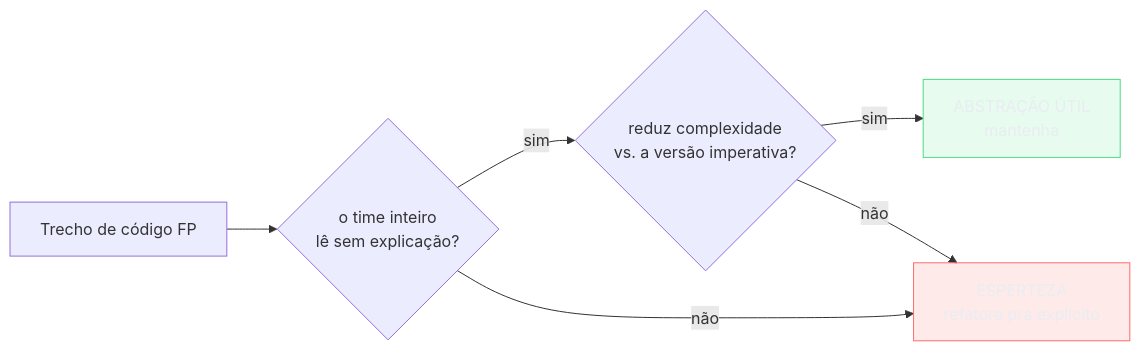
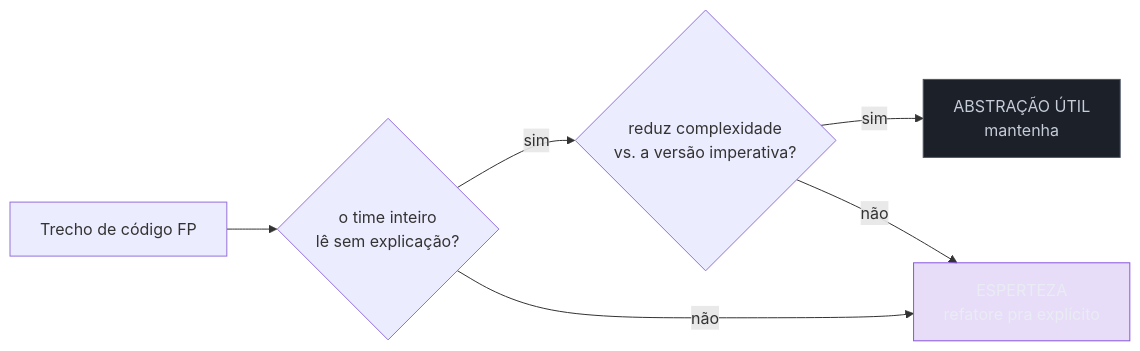
The third of 4 diagrams in 03-Dominios/Ciência/Paradigmas/15 - Programação funcional na prática.md (josenaldo/codex-technomanticus), drawn with Mermaid before and after one commit. The commit also changed other lines of this file and 601 other files, not shown here.

````diff
--- a/03-Dominios/Ciência/Paradigmas/15 - Programação funcional na prática.md
+++ b/03-Dominios/Ciência/Paradigmas/15 - Programação funcional na prática.md
@@ -201,12 +201,12 @@
 ```mermaid
 flowchart LR
-    classDef ok fill:#4ADE8021,stroke:#4ADE80,color:#E9ECF2
-    classDef falha fill:#FF6B6B24,stroke:#FF6B6B,color:#E9ECF2
+    classDef marca fill:#8855DF33,stroke:#8855DF,color:#E9ECF2
+    classDef neutro fill:#1B2029,stroke:#4E5666,color:#C6CCD8
     A["Trecho de código FP"] --> B{"o time inteiro<br/>lê sem explicação?"}
     B -->|sim| C{"reduz complexidade<br/>vs. a versão imperativa?"}
     B -->|não| X["ESPERTEZA<br/>refatore pra explícito"]
     C -->|sim| OK["ABSTRAÇÃO ÚTIL<br/>mantenha"]
     C -->|não| X
-    class OK ok
-    class X falha
+    class OK neutro
+    class X marca
 ```
````
